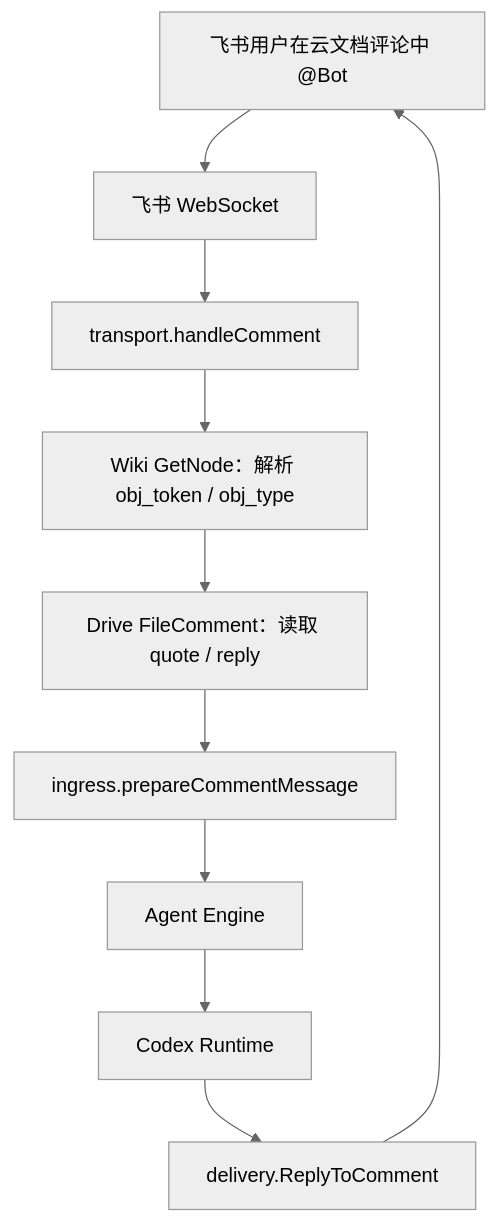
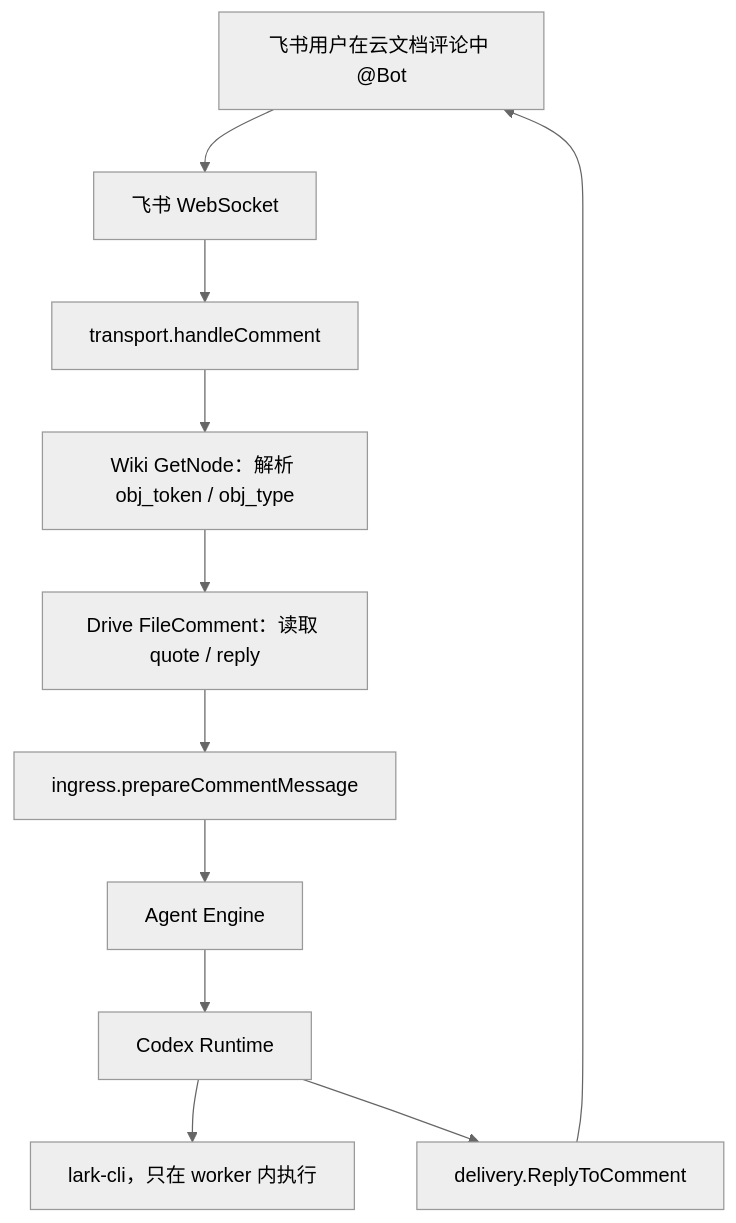
The diagram in docs/tech/channel/feishu-lark-cli-document-tool-design.zh.md (GatewayJ/csgclaw), drawn with Mermaid (neutral theme) before and after one commit. The commit also changed other lines of this file and 24 other files, not shown here.

Commit message:
feat: add lark-cli worker binding

````diff
--- a/docs/tech/channel/feishu-lark-cli-document-tool-design.zh.md
+++ b/docs/tech/channel/feishu-lark-cli-document-tool-design.zh.md
@@ -48,12 +311,13 @@
 ```mermaid
 flowchart TD
     User["飞书用户在云文档评论中 @Bot"] --> WS["飞书 WebSocket"]
     WS --> Transport["transport.handleComment"]
     Transport --> Resolve["Wiki GetNode：解析 obj_token / obj_type"]
     Resolve --> Comment["Drive FileComment：读取 quote / reply"]
     Comment --> Ingress["ingress.prepareCommentMessage"]
     Ingress --> Engine["Agent Engine"]
     Engine --> Codex["Codex Runtime"]
+    Codex --> LarkCLI["lark-cli，只在 worker 内执行"]
     Codex --> Reply["delivery.ReplyToComment"]
     Reply --> User
 ```
````
